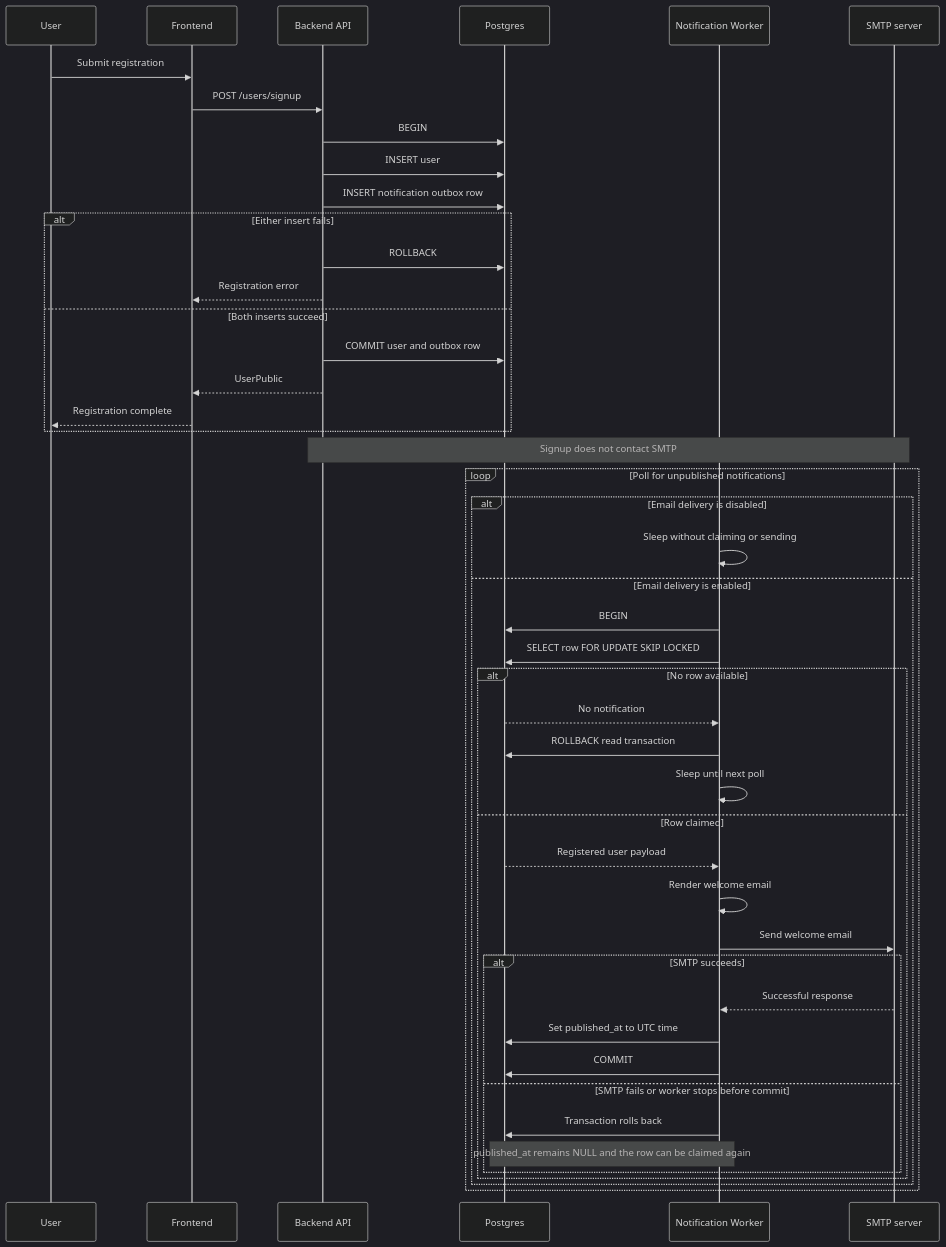
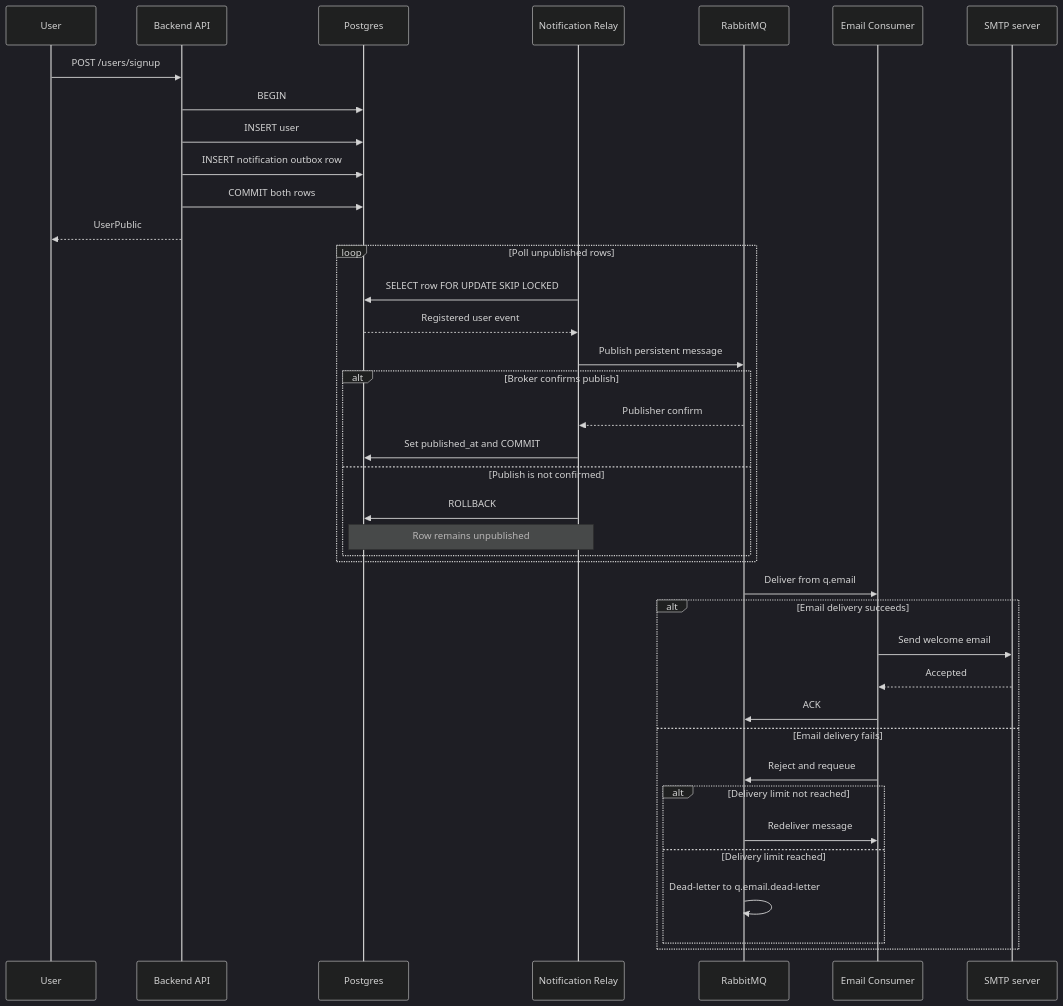
The diagram in docs/diagrams/notification-flow.md (armydep/cloud-storage), drawn with Mermaid (dark theme) before and after one commit. The commit also changed other lines of this file and 19 other files, not shown here.

Commit message:
Notifications slice 2: introduce RabbitMQ, split the worker into relay and consumer

````diff
--- a/docs/diagrams/notification-flow.md
+++ b/docs/diagrams/notification-flow.md
@@ -7,51 +7,44 @@
 ```mermaid
 sequenceDiagram
     participant User
-    participant Frontend
     participant API as Backend API
     participant DB as Postgres
-    participant Worker as Notification Worker
+    participant Relay as Notification Relay
+    participant MQ as RabbitMQ
+    participant Consumer as Email Consumer
     participant SMTP as SMTP server
 
-    User->>Frontend: Submit registration
-    Frontend->>API: POST /users/signup
+    User->>API: POST /users/signup
     API->>DB: BEGIN
     API->>DB: INSERT user
     API->>DB: INSERT notification outbox row
-    alt Either insert fails
-        API->>DB: ROLLBACK
-        API-->>Frontend: Registration error
-    else Both inserts succeed
-        API->>DB: COMMIT user and outbox row
-        API-->>Frontend: UserPublic
-        Frontend-->>User: Registration complete
+    API->>DB: COMMIT both rows
+    API-->>User: UserPublic
+
+    loop Poll unpublished rows
+        Relay->>DB: SELECT row FOR UPDATE SKIP LOCKED
+        DB-->>Relay: Registered user event
+        Relay->>MQ: Publish persistent message
+        alt Broker confirms publish
+            MQ-->>Relay: Publisher confirm
+            Relay->>DB: Set published_at and COMMIT
+        else Publish is not confirmed
+            Relay->>DB: ROLLBACK
+            Note over Relay,DB: Row remains unpublished
+        end
     end
 
-    Note over API,SMTP: Signup does not contact SMTP
-
-    loop Poll for unpublished notifications
-        alt Email delivery is disabled
-            Worker->>Worker: Sleep without claiming or sending
-        else Email delivery is enabled
-            Worker->>DB: BEGIN
-            Worker->>DB: SELECT row FOR UPDATE SKIP LOCKED
-            alt No row available
-                DB-->>Worker: No notification
-                Worker->>DB: ROLLBACK read transaction
-                Worker->>Worker: Sleep until next poll
-            else Row claimed
-                DB-->>Worker: Registered user payload
-                Worker->>Worker: Render welcome email
-                Worker->>SMTP: Send welcome email
-                alt SMTP succeeds
-                    SMTP-->>Worker: Successful response
-                    Worker->>DB: Set published_at to UTC time
-                    Worker->>DB: COMMIT
-                else SMTP fails or worker stops before commit
-                    Worker->>DB: Transaction rolls back
-                    Note over Worker,DB: published_at remains NULL and the row can be claimed again
-                end
-            end
+    MQ->>Consumer: Deliver from q.email
+    alt Email delivery succeeds
+        Consumer->>SMTP: Send welcome email
+        SMTP-->>Consumer: Accepted
+        Consumer->>MQ: ACK
+    else Email delivery fails
+        Consumer->>MQ: Reject and requeue
+        alt Delivery limit not reached
+            MQ->>Consumer: Redeliver message
+        else Delivery limit reached
+            MQ->>MQ: Dead-letter to q.email.dead-letter
         end
     end
 ```
````
